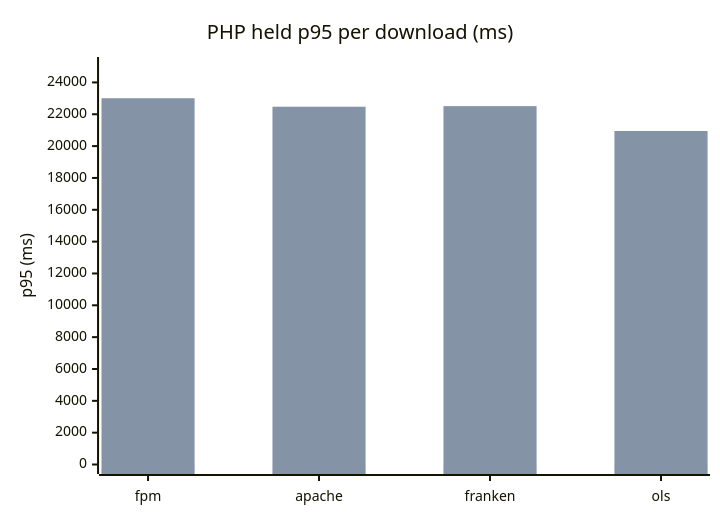
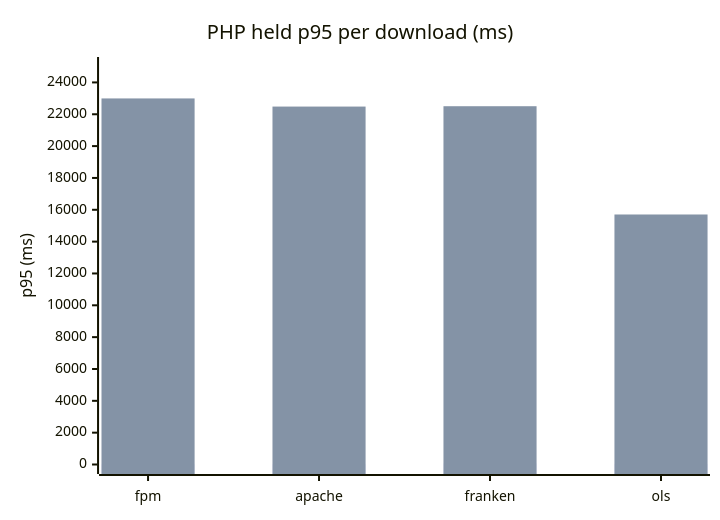
One commit to stasmarkov/ai-labs changed the second of 2 diagrams in BENCHMARKS.md. Above: the diagram before and after it, drawn with Mermaid. The commit also changed other lines of this file and 11 other files, not shown here.

````diff
--- a/BENCHMARKS.md
+++ b/BENCHMARKS.md
@@ -667,8 +667,8 @@
 ```mermaid
 xychart-beta
     title "PHP held p95 per download (ms)"
     x-axis ["fpm", "apache", "franken", "ols"]
     y-axis "p95 (ms)" 0 --> 25000
-    bar [23, 16, 78, 31]
-    bar [23006, 22474, 22510, 20950]
+    bar [20, 23, 70, 42]
+    bar [22994, 22483, 22505, 15704]
 ```
````
